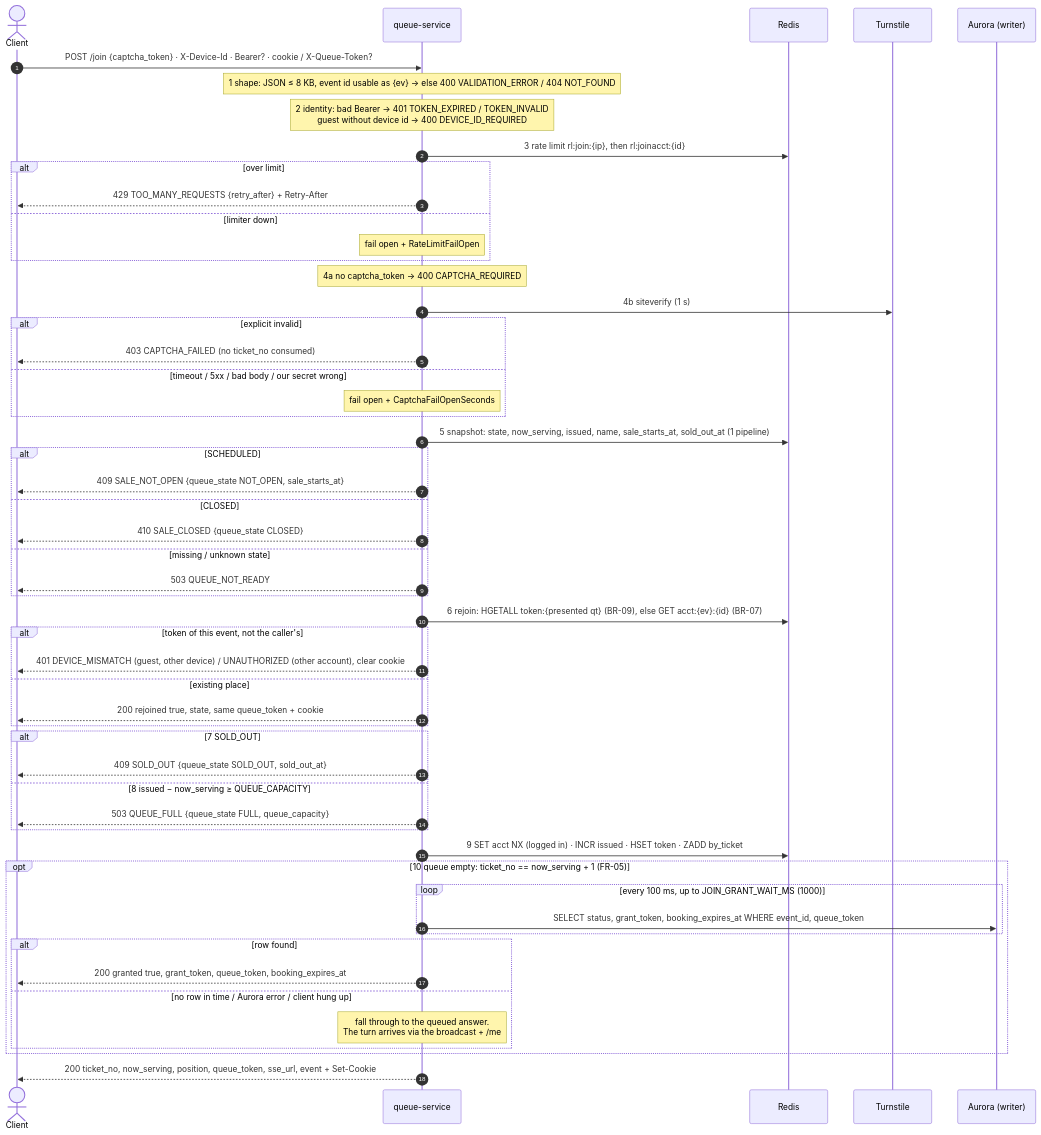
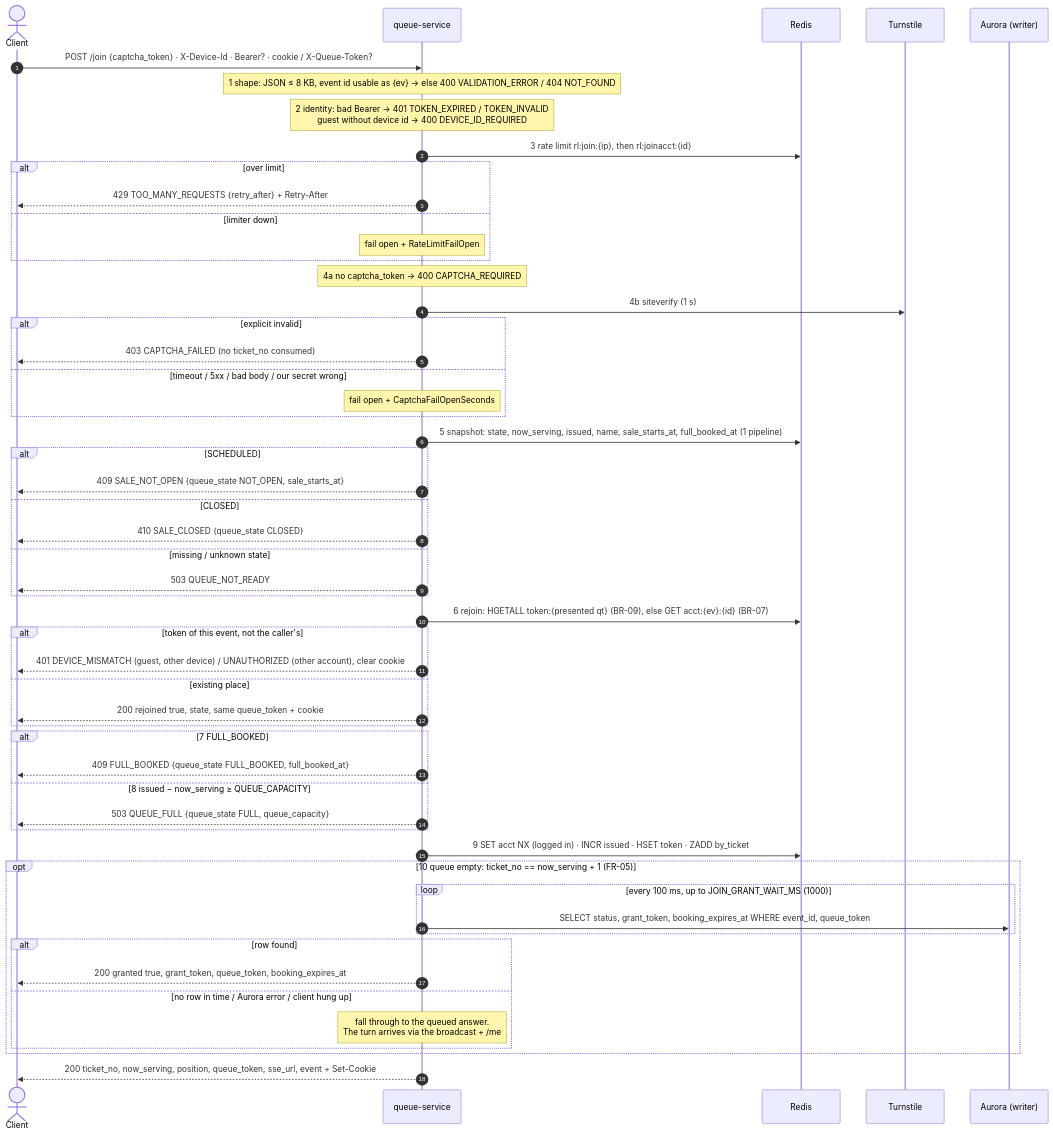
The diagram in docs/04-queue/01-join-queue.md (PTServerJanganTumbang-BookingTicket/be-rusuh-war-ticketing), drawn with Mermaid before and after one commit. The commit also changed other lines of this file and 23 other files, not shown here.

First line of the commit message:
refactor(queue): rename sale state SOLD_OUT to FULL_BOOKED

````diff
--- a/docs/04-queue/01-join-queue.md
+++ b/docs/04-queue/01-join-queue.md
@@ -27,65 +27,65 @@
 ```mermaid
 sequenceDiagram
     autonumber
     actor C as Client
     participant Q as queue-service
     participant R as Redis
     participant CAP as Turnstile
     participant DB as Aurora (writer)
 
     C->>Q: POST /join {captcha_token} · X-Device-Id · Bearer? · cookie / X-Queue-Token?
     Note over Q: 1 shape: JSON ≤ 8 KB, event id usable as {ev} → else 400 VALIDATION_ERROR / 404 NOT_FOUND
     Note over Q: 2 identity: bad Bearer → 401 TOKEN_EXPIRED / TOKEN_INVALID<br/>guest without device id → 400 DEVICE_ID_REQUIRED
 
     Q->>R: 3 rate limit rl:join:{ip}, then rl:joinacct:{id}
     alt over limit
         Q-->>C: 429 TOO_MANY_REQUESTS {retry_after} + Retry-After
     else limiter down
         Note over Q: fail open + RateLimitFailOpen
     end
 
     Note over Q: 4a no captcha_token → 400 CAPTCHA_REQUIRED
     Q->>CAP: 4b siteverify (1 s)
     alt explicit invalid
         Q-->>C: 403 CAPTCHA_FAILED (no ticket_no consumed)
     else timeout / 5xx / bad body / our secret wrong
         Note over Q: fail open + CaptchaFailOpenSeconds
     end
 
-    Q->>R: 5 snapshot: state, now_serving, issued, name, sale_starts_at, sold_out_at (1 pipeline)
+    Q->>R: 5 snapshot: state, now_serving, issued, name, sale_starts_at, full_booked_at (1 pipeline)
     alt SCHEDULED
         Q-->>C: 409 SALE_NOT_OPEN {queue_state NOT_OPEN, sale_starts_at}
     else CLOSED
         Q-->>C: 410 SALE_CLOSED {queue_state CLOSED}
     else missing / unknown state
         Q-->>C: 503 QUEUE_NOT_READY
     end
 
     Q->>R: 6 rejoin: HGETALL token:{presented qt} (BR-09), else GET acct:{ev}:{id} (BR-07)
     alt token of this event, not the caller's
         Q-->>C: 401 DEVICE_MISMATCH (guest, other device) / UNAUTHORIZED (other account), clear cookie
     else existing place
         Q-->>C: 200 rejoined true, state, same queue_token + cookie
     end
 
-    alt 7 SOLD_OUT
-        Q-->>C: 409 SOLD_OUT {queue_state SOLD_OUT, sold_out_at}
+    alt 7 FULL_BOOKED
+        Q-->>C: 409 FULL_BOOKED {queue_state FULL_BOOKED, full_booked_at}
     else 8 issued − now_serving ≥ QUEUE_CAPACITY
         Q-->>C: 503 QUEUE_FULL {queue_state FULL, queue_capacity}
     end
 
     Q->>R: 9 SET acct NX (logged in) · INCR issued · HSET token · ZADD by_ticket
 
     opt 10 queue empty: ticket_no == now_serving + 1 (FR-05)
         loop every 100 ms, up to JOIN_GRANT_WAIT_MS (1000)
             Q->>DB: SELECT status, grant_token, booking_expires_at WHERE event_id, queue_token
         end
         alt row found
             Q-->>C: 200 granted true, grant_token, queue_token, booking_expires_at
         else no row in time / Aurora error / client hung up
             Note over Q: fall through to the queued answer.<br/>The turn arrives via the broadcast + /me
         end
     end
 
     Q-->>C: 200 ticket_no, now_serving, position, queue_token, sse_url, event + Set-Cookie
 ```
````
